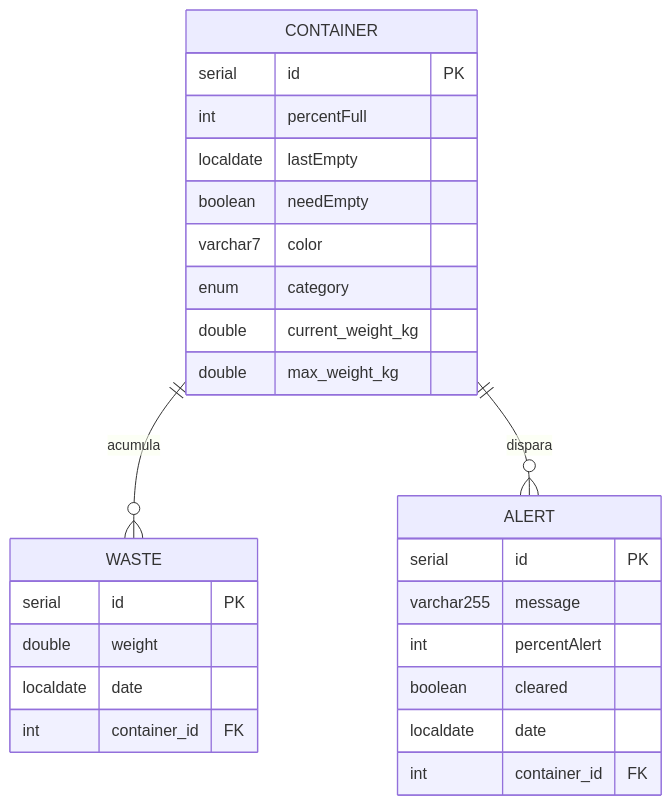
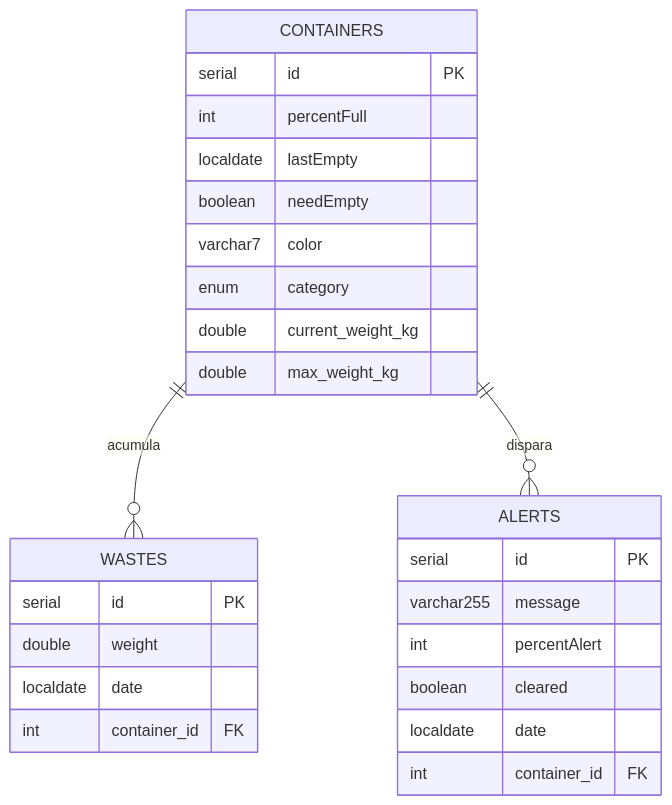
The diagram in src/main/resources/Diagrama_entidades.mmd (HackatonCapGemini-E5-2026/AulaVerde_BackEnd), drawn with Mermaid before and after one commit.

Commit message:
fix: Diagrama_entidades.mmd archife tables names changed to plural.

```diff
--- a/src/main/resources/Diagrama_entidades.mmd
+++ b/src/main/resources/Diagrama_entidades.mmd
@@ -1,31 +1,31 @@
 erDiagram
 
-    CONTAINER {
+    CONTAINERS {
         serial      id              PK
         int         percentFull
         localdate   lastEmpty
         boolean     needEmpty
         varchar7    color
         enum        category
         double      current_weight_kg
         double      max_weight_kg
     }
 
-    WASTE {
+    WASTES {
         serial      id              PK
         double      weight
         localdate   date
         int         container_id    FK
     }
 
-    ALERT {
+    ALERTS {
         serial      id              PK
         varchar255  message
         int         percentAlert
         boolean     cleared
         localdate   date
         int         container_id    FK
     }
 
-    CONTAINER ||--o{ WASTE  : "acumula"
-    CONTAINER ||--o{ ALERT  : "dispara"
+    CONTAINERS ||--o{ WASTES  : "acumula"
+    CONTAINERS ||--o{ ALERTS  : "dispara"
```
